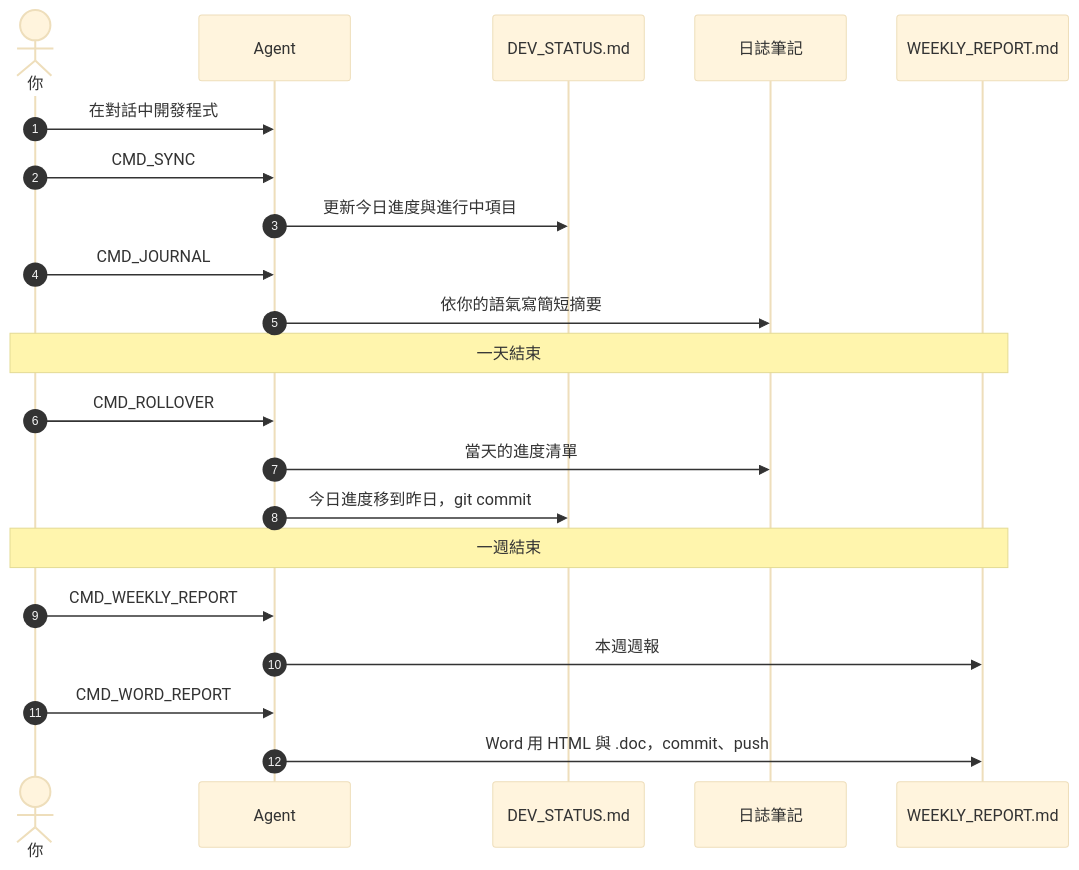
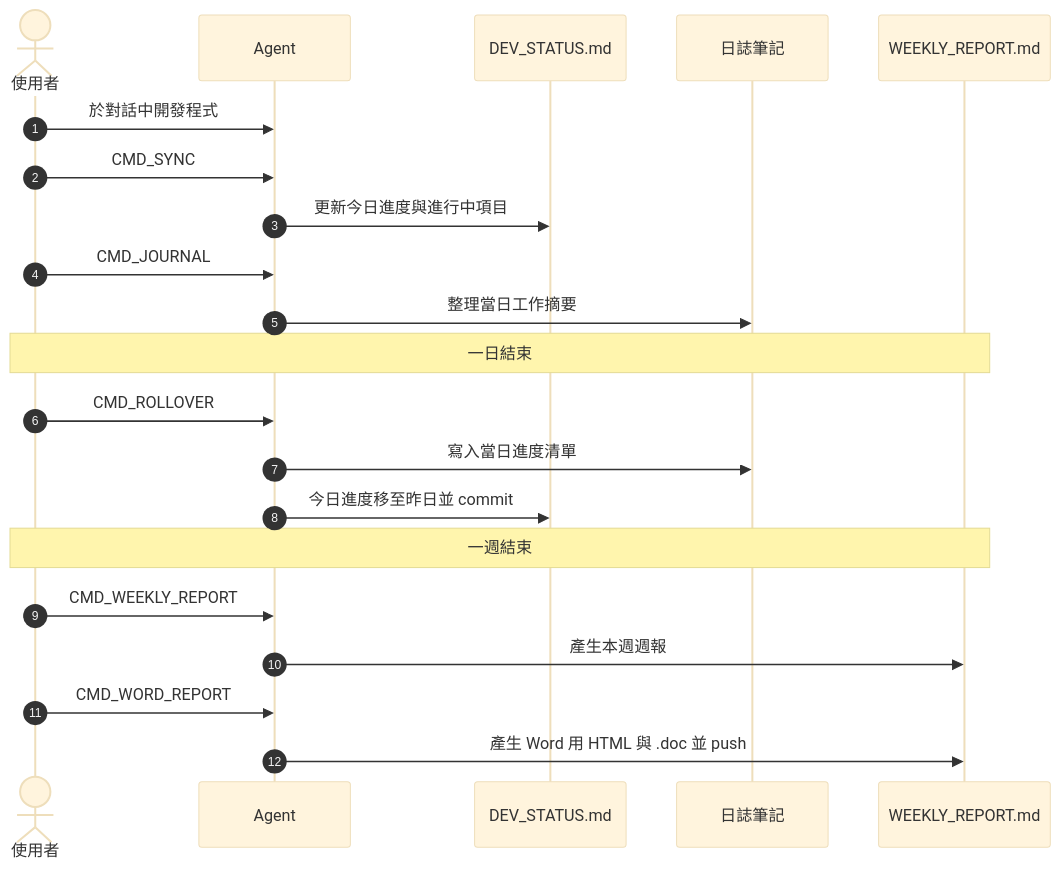
One commit to zelvet-velvet/agent-worklog-vault changed the first of 6 diagrams in README.zh-TW.md. Above: the diagram before and after it, drawn with Mermaid (base theme). The commit also changed other lines of this file, not shown here.

````diff
--- a/README.zh-TW.md
+++ b/README.zh-TW.md
@@ -22,23 +22,23 @@
 ```mermaid
 sequenceDiagram
     autonumber
-    actor You as 你
+    actor You as 使用者
     participant A as Agent
     participant S as DEV_STATUS.md
     participant J as 日誌筆記
     participant W as WEEKLY_REPORT.md
-    You->>A: 在對話中開發程式
+    You->>A: 於對話中開發程式
     You->>A: CMD_SYNC
     A->>S: 更新今日進度與進行中項目
     You->>A: CMD_JOURNAL
-    A->>J: 依你的語氣寫簡短摘要
-    Note over You,W: 一天結束
+    A->>J: 整理當日工作摘要
+    Note over You,W: 一日結束
     You->>A: CMD_ROLLOVER
-    A->>J: 當天的進度清單
-    A->>S: 今日進度移到昨日，git commit
+    A->>J: 寫入當日進度清單
+    A->>S: 今日進度移至昨日並 commit
     Note over You,W: 一週結束
     You->>A: CMD_WEEKLY_REPORT
-    A->>W: 本週週報
+    A->>W: 產生本週週報
     You->>A: CMD_WORD_REPORT
-    A->>W: Word 用 HTML 與 .doc，commit、push
+    A->>W: 產生 Word 用 HTML 與 .doc 並 push
 ```
````
